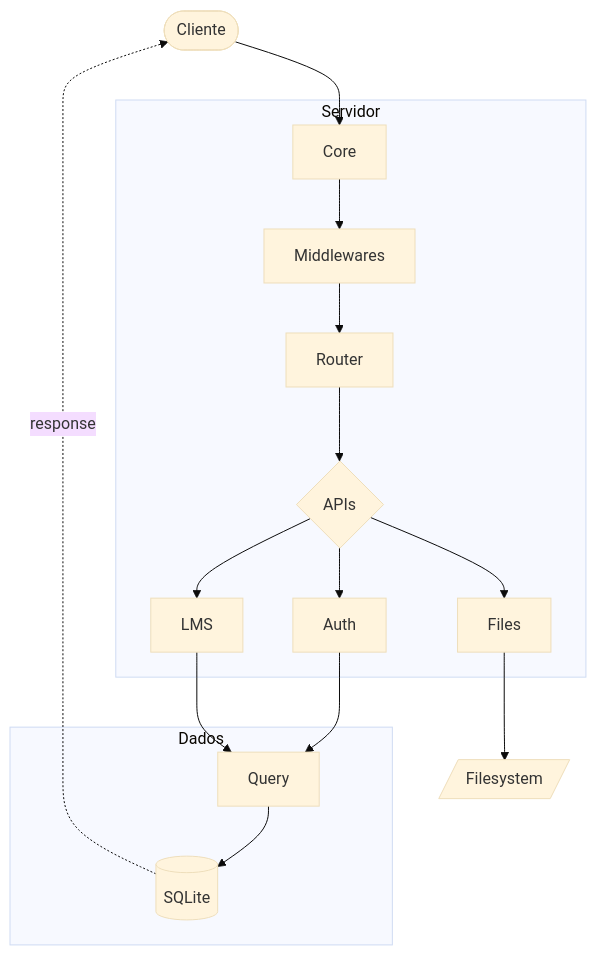
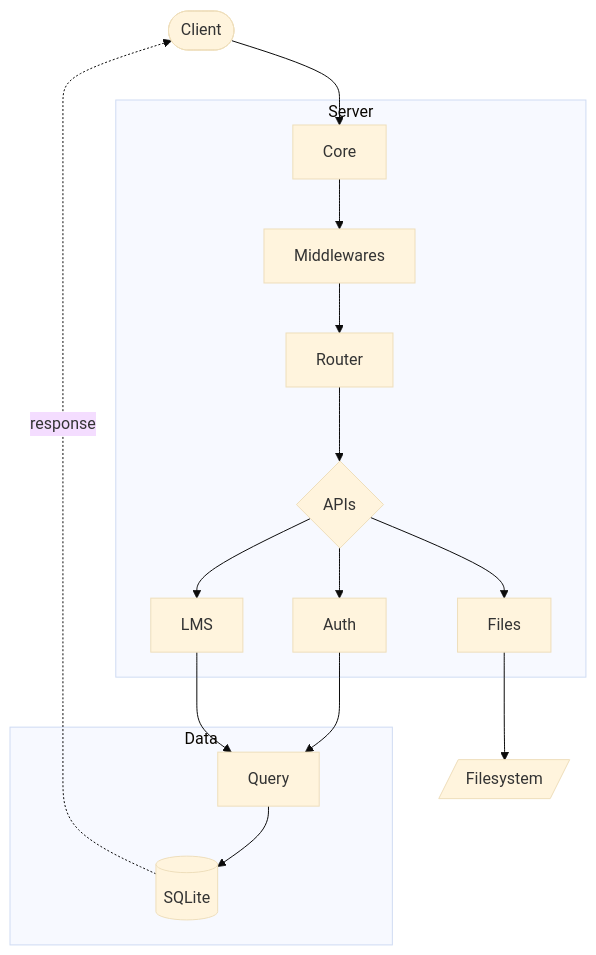
One commit to Fpanizio/LMS changed the diagram in README.md. Above: the diagram before and after it, drawn with Mermaid (base theme). The commit also changed other lines of this file and 1 other file, not shown here.

````diff
--- a/README.md
+++ b/README.md
@@ -32,22 +35,22 @@
 ```mermaid
 flowchart TD
-    A([Cliente])
+    A([Client])
 
-    subgraph Server[Servidor]
+    subgraph Server[Server]
         B[Core] --> C[Middlewares]
         C --> D[Router]
         D --> E{APIs}
         E --> F1[Auth]
         E --> F2[LMS]
         E --> F3[Files]
     end
 
-    subgraph Data[Dados]
+    subgraph Data[Data]
         G[Query] --> H[(SQLite)]
     end
 
     A --> B
     F1 & F2 --> G
     F3 --> I[/Filesystem/]
     H -.->|response| A
 ```
````
